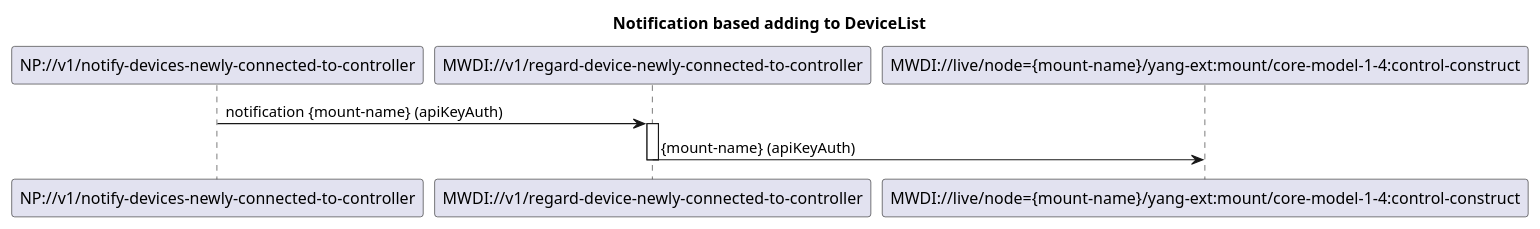
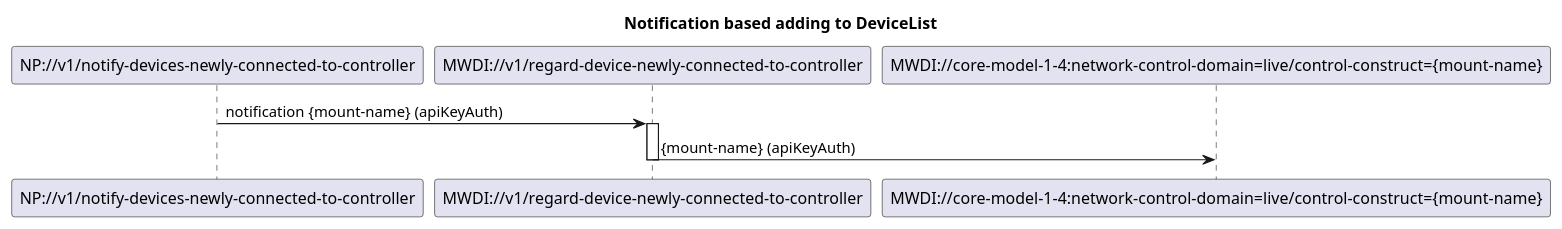
The diagram in spec/diagrams/020_NotificationBasedDeviceListSyncAdd.plantuml (openBackhaul/MicroWaveDeviceInventory), drawn with PlantUML before and after one commit. The commit also changed 7 other files, not shown here.

```diff
--- a/spec/diagrams/020_NotificationBasedDeviceListSyncAdd.plantuml
+++ b/spec/diagrams/020_NotificationBasedDeviceListSyncAdd.plantuml
@@ -1,16 +1,16 @@
 @startuml 020_NotificationBasedDeviceListSyncAdd
 skinparam responseMessageBelowArrow true
 
 title  Notification based adding to DeviceList
 
 participant "NP://v1/notify-devices-newly-connected-to-controller" as subscription
 participant "MWDI://v1/regard-device-newly-connected-to-controller" as regardNewDevice
-participant "MWDI://live/node={mount-name}/yang-ext:mount/core-model-1-4:control-construct" as liveControlConstruct
+participant "MWDI://core-model-1-4:network-control-domain=live/control-construct={mount-name}" as liveControlConstruct
 
 subscription -> regardNewDevice: notification {mount-name} (apiKeyAuth)
 activate regardNewDevice
 
 regardNewDevice -> liveControlConstruct: {mount-name} (apiKeyAuth)
 deactivate regardNewDevice
 
 @enduml
```
